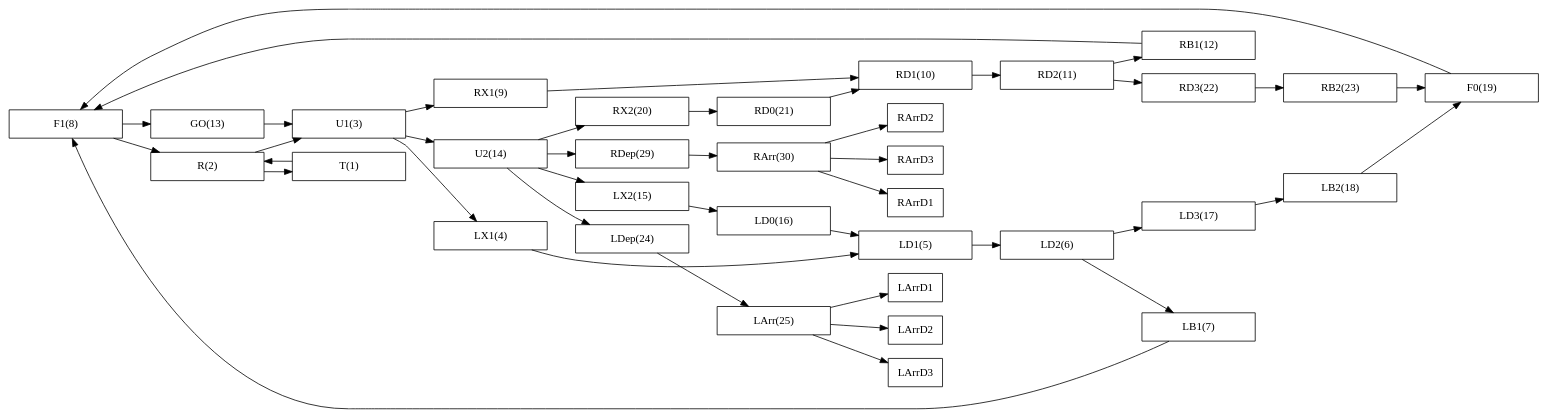
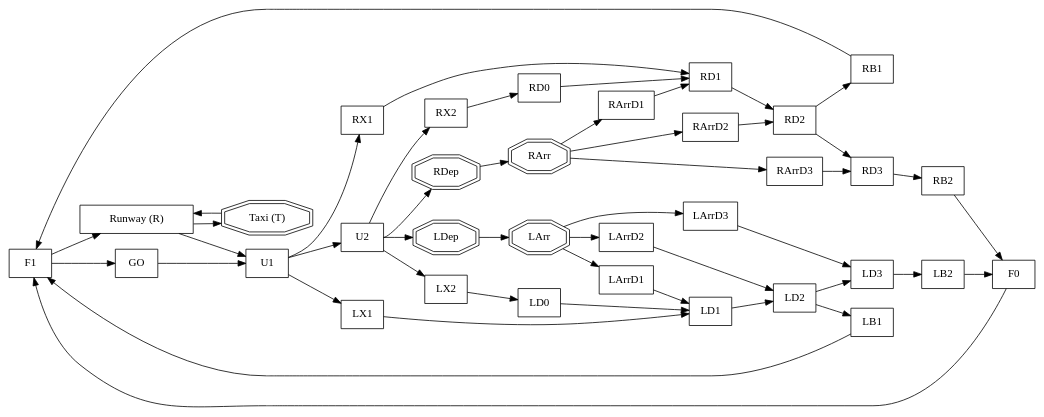
One commit to sisl/autoATC changed the diagram in pattern.dot. Above: the diagram before and after it, drawn with Graphviz. The commit also changed 2 other files, not shown here.

```diff
--- a/pattern.dot
+++ b/pattern.dot
@@ -1,73 +1,86 @@
 digraph G {
 rankdir=LR
+
 splines=true
 node [shape = box]
 
-F1[label="F1(8)", pos="-2.00, 0.00", pin=true, width=2]
-U2[label="U2(14)", pos="4.00, 0.00", pin=true, width=2]
-F0[label="F0(19)", pos="-4.00, 0.00", pin=true, width=2]
-LD3[label="LD3(17)", pos="-4.00, 2.00", pin=true, width=2]
-LD1[label="LD1(5)", pos="2.00, 2.00", pin=true, width=2]
-LX2[label="LX2(15)", pos="5.00, 1.00", pin=true, width=2]
-T[label="T(1)", pos="0.00, -1.00", pin=true, width=2]
-RB2[label="RB2(23)", pos="-5.00, -1.00", pin=true, width=2]
-LX1[label="LX1(4)", pos="3.00, 1.00", pin=true, width=2]
-RX2[label="RX2(20)", pos="5.00, -1.00", pin=true, width=2]
-GO[label="GO(13)", pos="0.00, 1.00", pin=true, width=2]
-RD2[label="RD2(11)", pos="-2.00, -2.00", pin=true, width=2]
-RArr[label="RArr(30)", pos="-2.00, -4.00", pin=true, width=2]
-LD2[label="LD2(6)", pos="-2.00, 2.00", pin=true, width=2]
-LArr[label="LArr(25)", pos="-2.00, 4.00", pin=true, width=2]
-RD1[label="RD1(10)", pos="2.00, -2.00", pin=true, width=2]
-RD3[label="RD3(22)", pos="-4.00, -2.00", pin=true, width=2]
-RD0[label="RD0(21)", pos="4.00, -2.00", pin=true, width=2]
-LB1[label="LB1(7)", pos="-3.00, 1.00", pin=true, width=2]
-U1[label="U1(3)", pos="2.00, 0.00", pin=true, width=2]
-LDep[label="LDep(24)", pos="2.00, 4.00", pin=true, width=2]
-R[label="R(2)", pos="0.00, 0.00", pin=true, width=2]
-RX1[label="RX1(9)", pos="3.00, -1.00", pin=true, width=2]
-LD0[label="LD0(16)", pos="4.00, 2.00", pin=true, width=2]
-LB2[label="LB2(18)", pos="-5.00, 1.00", pin=true, width=2]
-RB1[label="RB1(12)", pos="-3.00, -1.00", pin=true, width=2]
-RDep[label="RDep(29)", pos="2.00, -4.00", pin=true, width=2]
-F1 -> R
-F1 -> GO
-U2 -> LX2
-U2 -> RX2
-U2 -> LDep
-U2 -> RDep
-F0 -> F1
-LD3 -> LB2
-LD1 -> LD2
-LX2 -> LD0
-T -> R
-RB2 -> F0
-LX1 -> LD1
-RX2 -> RD0
-GO -> U1
-RD2 -> RB1
-RD2 -> RD3
-RArr -> RArrD1
-RArr -> RArrD2
-RArr -> RArrD3
-LD2 -> LB1
-LD2 -> LD3
-LArr -> LArrD1
-LArr -> LArrD2
-LArr -> LArrD3
-RD1 -> RD2
-RD3 -> RB2
-RD0 -> RD1
-LB1 -> F1
-U1 -> LX1
-U1 -> RX1
-U1 -> U2
-LDep -> LArr
-R -> U1
-R -> T
-RX1 -> RD1
-LD0 -> LD1
-LB2 -> F0
-RB1 -> F1
-RDep -> RArr
+F1[label="F1", pin=true, pos="-2.00, 0.00!" ]
+U2[label="U2", pin=true, pos="4.00, 0.00!" ]
+F0[label="F0", pin=true, pos="-4.00, 0.00!" ]
+LD3[label="LD3", pin=true, pos="-4.00, 2.00!" ]
+LD1[label="LD1", pin=true, pos="2.00, 2.00!" ]
+LX2[label="LX2", pin=true, pos="4.50, 1.00!" ]
+T[label="Taxi (T)", pin=true, pos="0.00, -1.00!" , shape = doubleoctagon, width = 1.5]
+RArrD2[label="RArrD2", pin=true, pos="-1.00, -3.00!" ]
+RB2[label="RB2", pin=true, pos="-4.50, -1.00!" ]
+LX1[label="LX1", pin=true, pos="2.50, 1.00!" ]
+RX2[label="RX2", pin=true, pos="4.50, -1.00!" ]
+GO[label="GO", pin=true, pos="0.00, 1.00!" ]
+RD2[label="RD2", pin=true, pos="-2.00, -2.00!" ]
+RArr[label="RArr", pin=true, pos="0.00, -4.00!" , shape = doubleoctagon]
+LD2[label="LD2", pin=true, pos="-2.00, 2.00!" ]
+LArr[label="LArr", pin=true, pos="0.00, 4.00!" , shape = doubleoctagon]
+RArrD3[label="RArrD3", pin=true, pos="-3.00, -3.00!" ]
+RD1[label="RD1", pin=true, pos="2.00, -2.00!" ]
+LArrD1[label="LArrD1", pin=true, pos="1.00, 3.00!" ]
+RD0[label="RD0", pin=true, pos="4.00, -2.00!" ]
+LB1[label="LB1", pin=true, pos="-2.50, 1.00!" ]
+U1[label="U1", pin=true, pos="2.00, 0.00!" ]
+RD3[label="RD3", pin=true, pos="-4.00, -2.00!" ]
+LDep[label="LDep", pin=true, pos="6.00, 4.50!" , shape = doubleoctagon]
+LArrD2[label="LArrD2", pin=true, pos="-1.00, 3.00!" ]
+R[label="Runway (R)", pin=true, pos="0.00, 0.00!" , width = 2]
+RX1[label="RX1", pin=true, pos="2.50, -1.00!" ]
+LD0[label="LD0", pin=true, pos="4.00, 2.00!" ]
+LB2[label="LB2", pin=true, pos="-4.50, 1.00!" ]
+LArrD3[label="LArrD3", pin=true, pos="-3.00, 3.00!" ]
+RB1[label="RB1", pin=true, pos="-2.50, -1.00!" ]
+RDep[label="RDep", pin=true, pos="6.00, -4.50!" , shape = doubleoctagon]
+RArrD1[label="RArrD1", pin=true, pos="1.00, -3.00!" ]
+F1 -> R 
+F1 -> GO 
+U2 -> LX2 
+U2 -> RX2 
+U2 -> LDep [tailport="e"]
+U2 -> RDep [tailport="e"]
+F0 -> F1 
+LD3 -> LB2 
+LD1 -> LD2 
+LX2 -> LD0 
+T -> R 
+RArrD2 -> RD2 
+RB2 -> F0 
+LX1 -> LD1 
+RX2 -> RD0 
+GO -> U1 
+RD2 -> RB1 
+RD2 -> RD3 
+RArr -> RArrD1 
+RArr -> RArrD2 
+RArr -> RArrD3 
+LD2 -> LB1 
+LD2 -> LD3 
+LArr -> LArrD1 
+LArr -> LArrD2 
+LArr -> LArrD3 
+RArrD3 -> RD3 
+RD1 -> RD2 
+LArrD1 -> LD1 
+RD0 -> RD1 
+LB1 -> F1 
+U1 -> LX1 
+U1 -> RX1 
+U1 -> U2 
+RD3 -> RB2 
+LDep -> LArr 
+LArrD2 -> LD2 
+R -> U1 
+R -> T 
+RX1 -> RD1 
+LD0 -> LD1 
+LB2 -> F0 
+LArrD3 -> LD3 
+RB1 -> F1 
+RDep -> RArr 
+RArrD1 -> RD1 
 }
```
